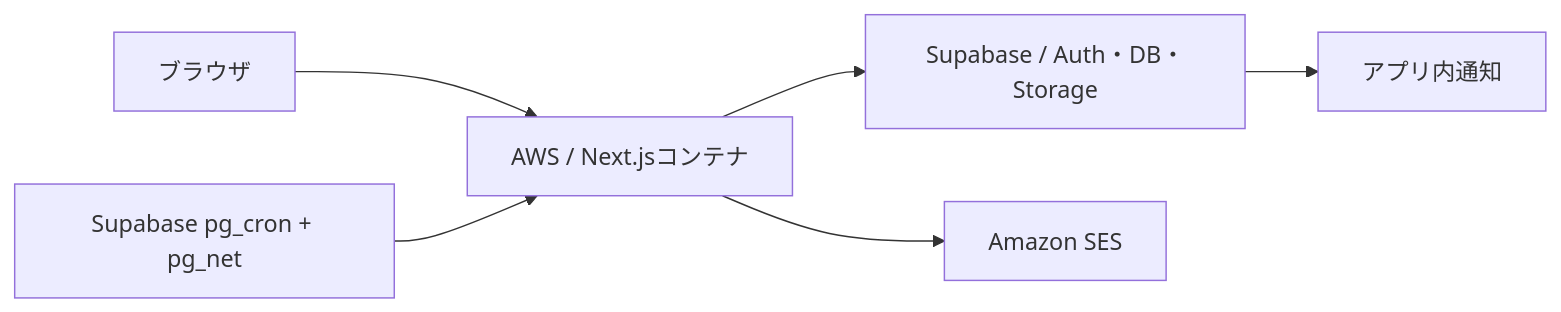
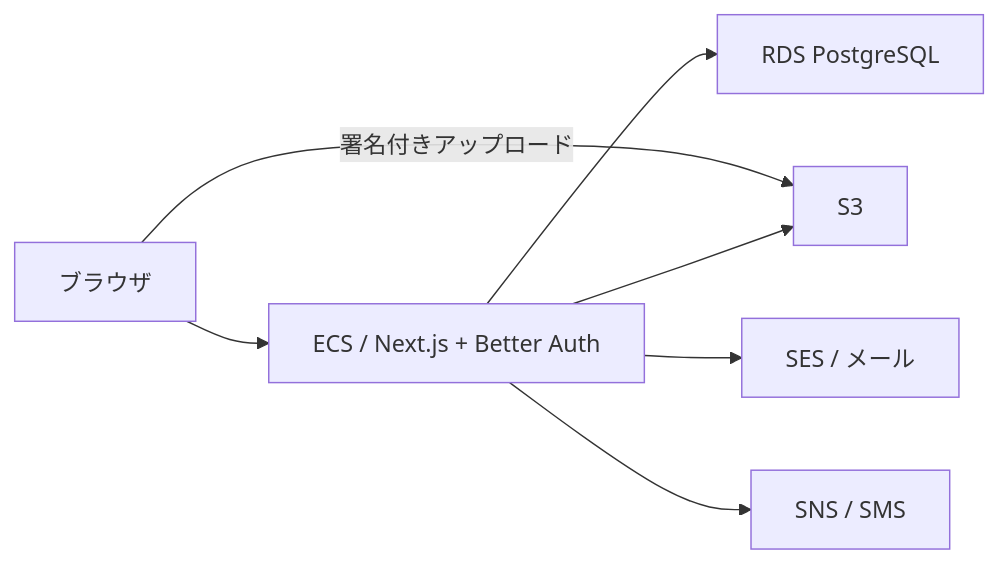
Before and after one commit to wavy535/oshikatsu-3dprint: the diagram in README.md, drawn with Mermaid. The commit also changed other lines of this file and 12 other files, not shown here.

````diff
--- a/README.md
+++ b/README.md
@@ -580,8 +584,9 @@
 ```mermaid
 flowchart LR
-    browser[ブラウザ] --> web[AWS / Next.jsコンテナ]
-    web --> db[Supabase / Auth・DB・Storage]
-    db --> notifications[アプリ内通知]
-    cron[Supabase pg_cron + pg_net] --> web
-    web --> ses[Amazon SES]
+    browser[ブラウザ] --> app[ECS / Next.js + Better Auth]
+    app --> db[RDS PostgreSQL]
+    browser -->|署名付きアップロード| files[S3]
+    app --> files
+    app --> mail[SES / メール]
+    app --> sms[SNS / SMS]
 ```
````
